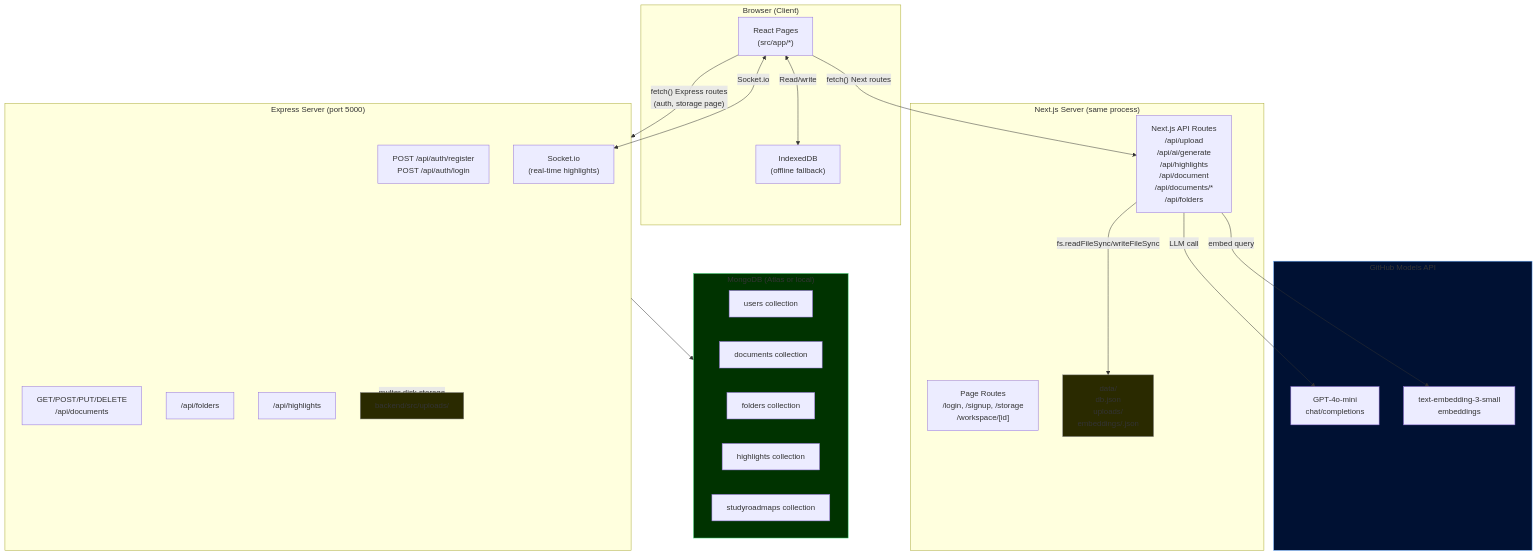
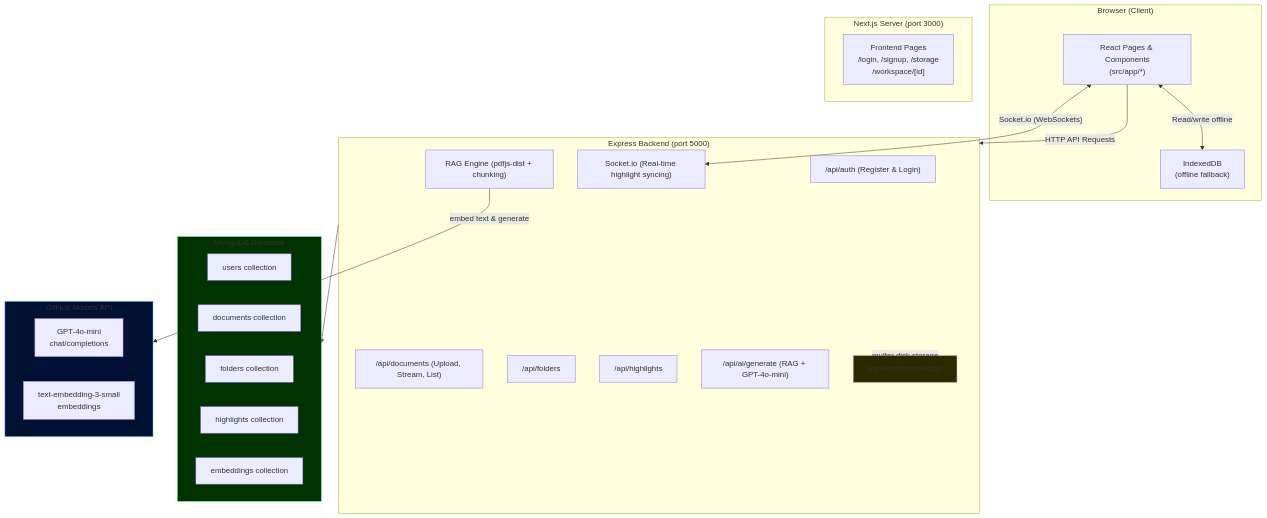
One commit to vikash23mar05/Nexel changed the diagram in Documentation/01-architecture-overview.md. Above: the diagram before and after it, drawn with Mermaid. The commit also changed other lines of this file and 27 other files, not shown here.

Commit message:
feat: consolidate Express+MongoDB architecture & implement GraphRAG Knowledge Graph visualizer

````diff
--- a/Documentation/01-architecture-overview.md
+++ b/Documentation/01-architecture-overview.md
@@ -11,52 +11,47 @@
 ```mermaid
 flowchart TD
     subgraph Browser["Browser (Client)"]
-        UI["React Pages\n(src/app/*)"]
+        UI["React Pages & Components\n(src/app/*)"]
         IDB["IndexedDB\n(offline fallback)"]
     end
 
-    subgraph NextServer["Next.js Server (same process)"]
-        Pages["Page Routes\n/login, /signup, /storage\n/workspace/[id]"]
-        NextAPI["Next.js API Routes\n/api/upload\n/api/ai/generate\n/api/highlights\n/api/document\n/api/documents/*\n/api/folders"]
-        DataDir["data/\n  db.json\n  uploads/<id>\n  embeddings/<id>.json"]
+    subgraph NextServer["Next.js Server (port 3000)"]
+        Pages["Frontend Pages\n/login, /signup, /storage\n/workspace/[id]"]
     end
 
-    subgraph ExpressServer["Express Server (port 5000)"]
-        AuthRoutes["POST /api/auth/register\nPOST /api/auth/login"]
-        DocRoutes["GET/POST/PUT/DELETE\n/api/documents"]
+    subgraph ExpressServer["Express Backend (port 5000)"]
+        AuthRoutes["/api/auth (Register & Login)"]
+        DocRoutes["/api/documents (Upload, Stream, List)"]
         FolderRoutes["/api/folders"]
         HlRoutes["/api/highlights"]
-        SocketIO["Socket.io\n(real-time highlights)"]
+        AIRoutes["/api/ai/generate (RAG + GPT-4o-mini)"]
+        SocketIO["Socket.io (Real-time highlight syncing)"]
+        RAGUtil["RAG Engine (pdfjs-dist + chunking)"]
         UploadsDir["backend/src/uploads/"]
     end
 
-    subgraph MongoDB["MongoDB (Atlas or local)"]
+    subgraph MongoDB["MongoDB Database"]
         UserCol["users collection"]
         DocCol["documents collection"]
         FolderCol["folders collection"]
         HlCol["highlights collection"]
-        RoadmapCol["studyroadmaps collection"]
+        EmbeddingCol["embeddings collection"]
     end
 
     subgraph GHModels["GitHub Models API"]
         Chat["GPT-4o-mini\nchat/completions"]
         Embed["text-embedding-3-small\nembeddings"]
     end
 
-    UI -->|"fetch() Next routes"| NextAPI
-    UI -->|"fetch() Express routes\n(auth, storage page)"| ExpressServer
-    UI <-->|"Socket.io"| SocketIO
-    UI <-->|"Read/write"| IDB
-
-    NextAPI -->|"fs.readFileSync/writeFileSync"| DataDir
-    NextAPI -->|"embed query"| Embed
-    NextAPI -->|"LLM call"| Chat
+    UI -->|"HTTP API Requests"| ExpressServer
+    UI <-->|"Socket.io (WebSockets)"| SocketIO
+    UI <-->|"Read/write offline"| IDB
 
     ExpressServer --> MongoDB
     ExpressServer -->|"multer disk storage"| UploadsDir
+    RAGUtil -->|"embed text & generate"| GHModels
 
-    style DataDir fill:#2a2a00,stroke:#888
     style UploadsDir fill:#2a2a00,stroke:#888
     style MongoDB fill:#003300,stroke:#4ade80
     style GHModels fill:#001133,stroke:#60a5fa
 ```
````
